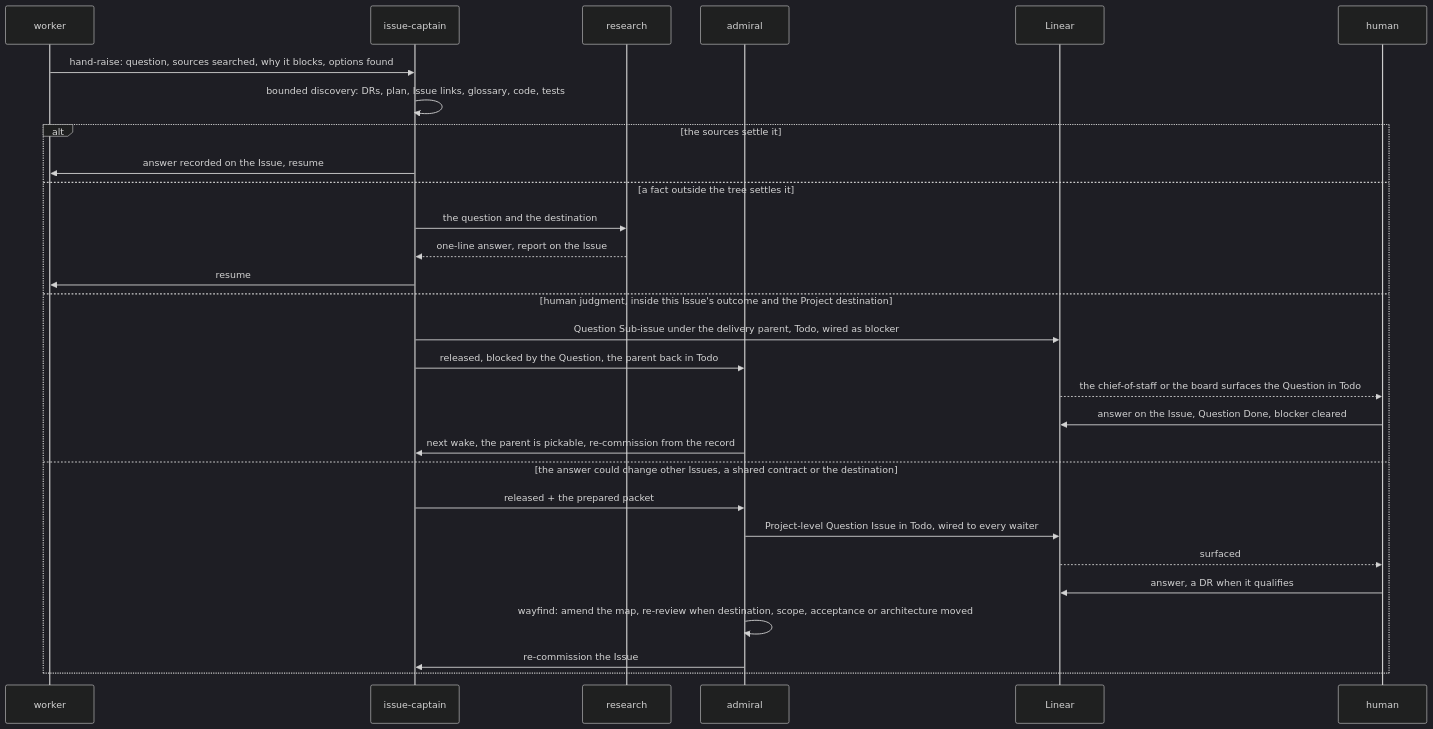
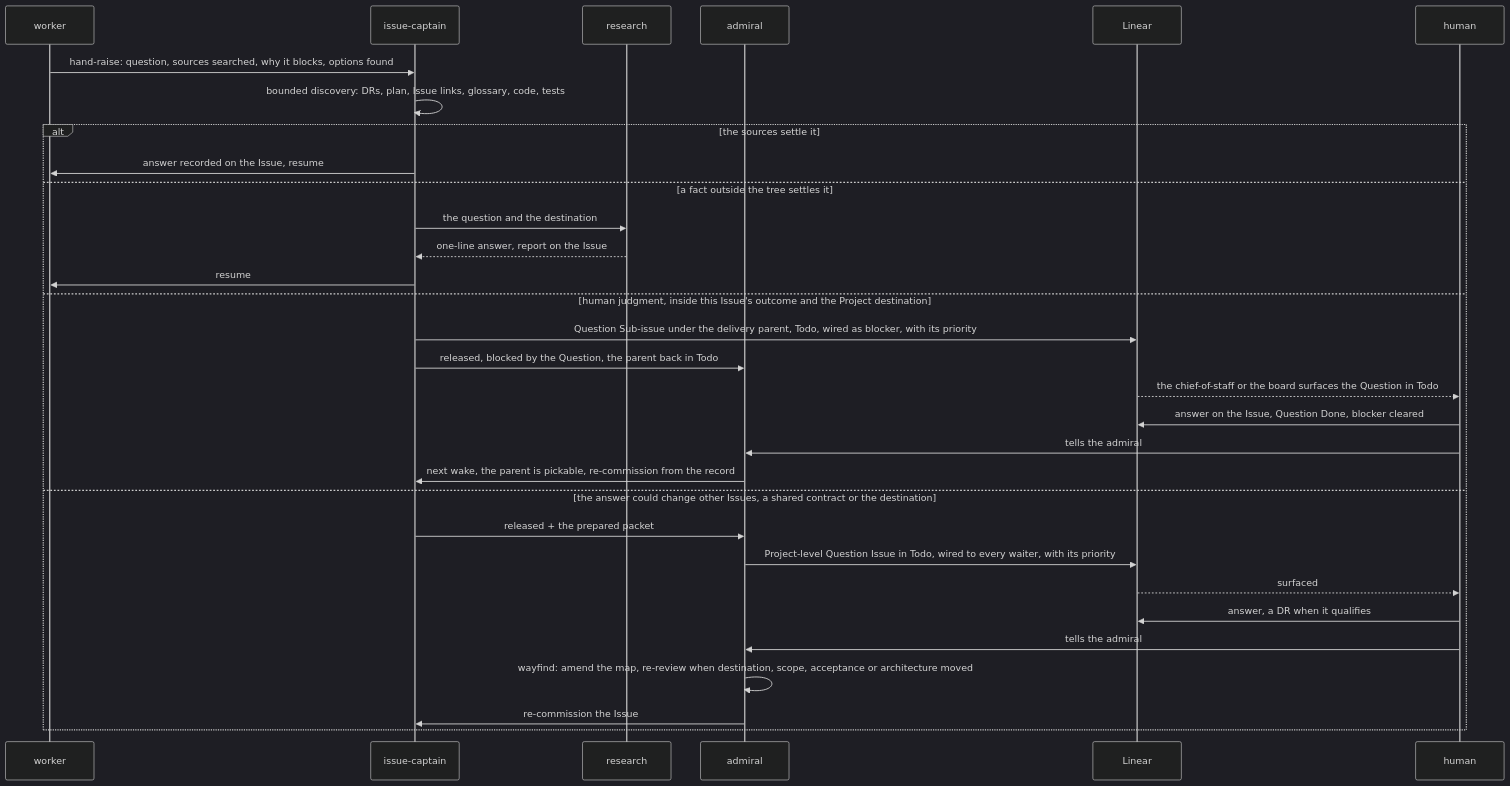
Before and after one commit to bodnarbalazs/dydo: the fifth of 12 diagrams in dydo/understand/control-flow.md, drawn with Mermaid (dark theme). The commit also changed other lines of this file and 6 other files, not shown here.

````diff
--- a/dydo/understand/control-flow.md
+++ b/dydo/understand/control-flow.md
@@ -384,31 +398,33 @@
 ```mermaid
 sequenceDiagram
   participant W as worker
   participant C as issue-captain
   participant R as research
   participant A as admiral
   participant B as Linear
   participant H as human
   W->>C: hand-raise: question, sources searched, why it blocks, options found
   C->>C: bounded discovery: DRs, plan, Issue links, glossary, code, tests
   alt the sources settle it
     C->>W: answer recorded on the Issue, resume
   else a fact outside the tree settles it
     C->>R: the question and the destination
     R-->>C: one-line answer, report on the Issue
     C->>W: resume
   else human judgment, inside this Issue's outcome and the Project destination
-    C->>B: Question Sub-issue under the delivery parent, Todo, wired as blocker
+    C->>B: Question Sub-issue under the delivery parent, Todo, wired as blocker, with its priority
     C->>A: released, blocked by the Question, the parent back in Todo
     B-->>H: the chief-of-staff or the board surfaces the Question in Todo
     H->>B: answer on the Issue, Question Done, blocker cleared
+    H->>A: tells the admiral
     A->>C: next wake, the parent is pickable, re-commission from the record
   else the answer could change other Issues, a shared contract or the destination
     C->>A: released + the prepared packet
-    A->>B: Project-level Question Issue in Todo, wired to every waiter
+    A->>B: Project-level Question Issue in Todo, wired to every waiter, with its priority
     B-->>H: surfaced
     H->>B: answer, a DR when it qualifies
+    H->>A: tells the admiral
     A->>A: wayfind: amend the map, re-review when destination, scope, acceptance or architecture moved
     A->>C: re-commission the Issue
   end
 ```
````
